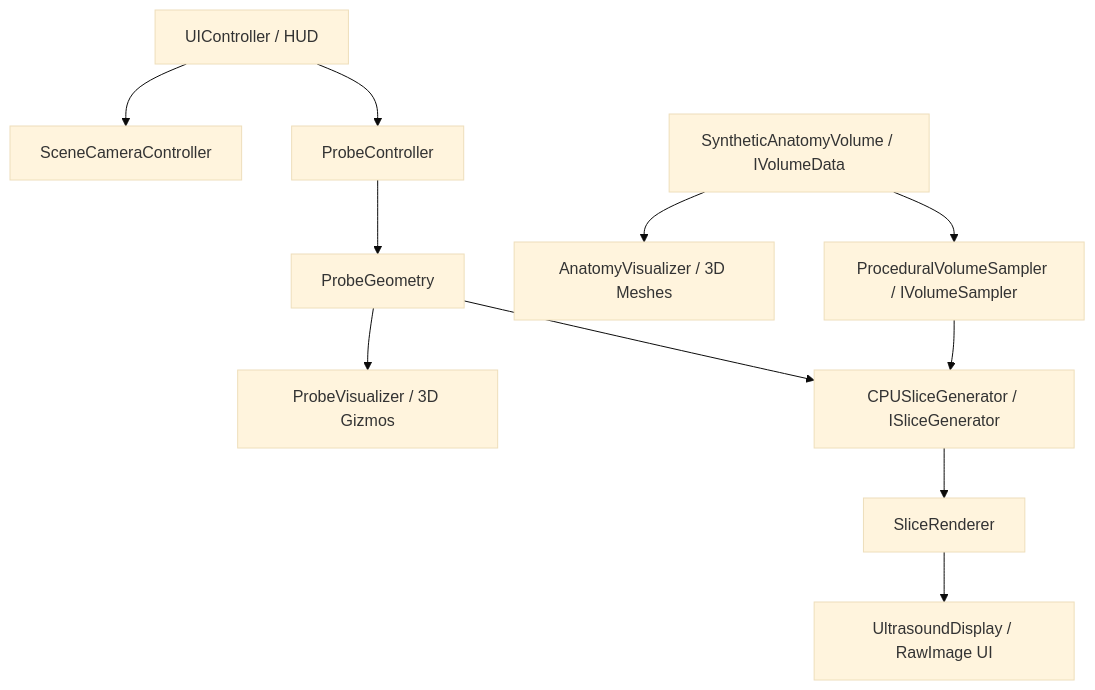
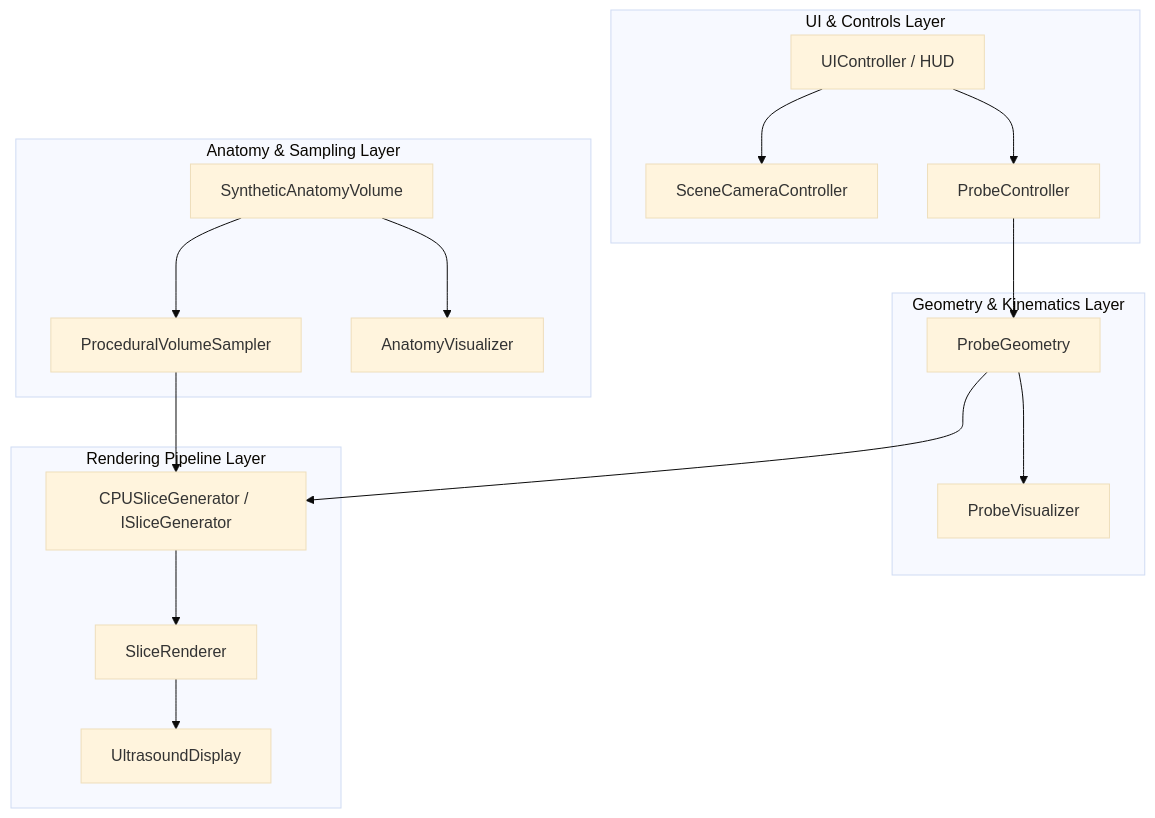
The diagram in README.md (tsahiasher/virtual-ultrasound-simulator), drawn with Mermaid (base theme) before and after one commit. The commit also changed other lines of this file and 2 other files, not shown here.

````diff
--- a/README.md
+++ b/README.md
@@ -11,13 +29,36 @@
 ```mermaid
 graph TD
-    UI[UIController / HUD] --> ProbeCtrl[ProbeController]
-    UI --> CamCtrl[SceneCameraController]
-    ProbeCtrl --> ProbeGeom[ProbeGeometry]
-    ProbeGeom --> SliceGen[CPUSliceGenerator / ISliceGenerator]
-    VolData[SyntheticAnatomyVolume / IVolumeData] --> VolSampler[ProceduralVolumeSampler / IVolumeSampler]
-    VolSampler --> SliceGen
-    SliceGen --> SliceRend[SliceRenderer]
-    SliceRend --> USDisplay[UltrasoundDisplay / RawImage UI]
-    ProbeGeom --> ProbeVis[ProbeVisualizer / 3D Gizmos]
-    VolData --> AnatVis[AnatomyVisualizer / 3D Meshes]
+    subgraph UI & Controls Layer
+        HUD[UIController / HUD]
+        Cam[SceneCameraController]
+        Input[ProbeController]
+    end
+
+    subgraph Geometry & Kinematics Layer
+        Geom[ProbeGeometry]
+        PVis[ProbeVisualizer]
+    end
+
+    subgraph Anatomy & Sampling Layer
+        Volume[SyntheticAnatomyVolume]
+        Sampler[ProceduralVolumeSampler]
+        AVis[AnatomyVisualizer]
+    end
+
+    subgraph Rendering Pipeline Layer
+        Gen[CPUSliceGenerator / ISliceGenerator]
+        Rend[SliceRenderer]
+        Disp[UltrasoundDisplay]
+    end
+
+    HUD --> Input
+    HUD --> Cam
+    Input --> Geom
+    Geom --> Gen
+    Volume --> Sampler
+    Sampler --> Gen
+    Gen --> Rend
+    Rend --> Disp
+    Geom --> PVis
+    Volume --> AVis
 ```
````
